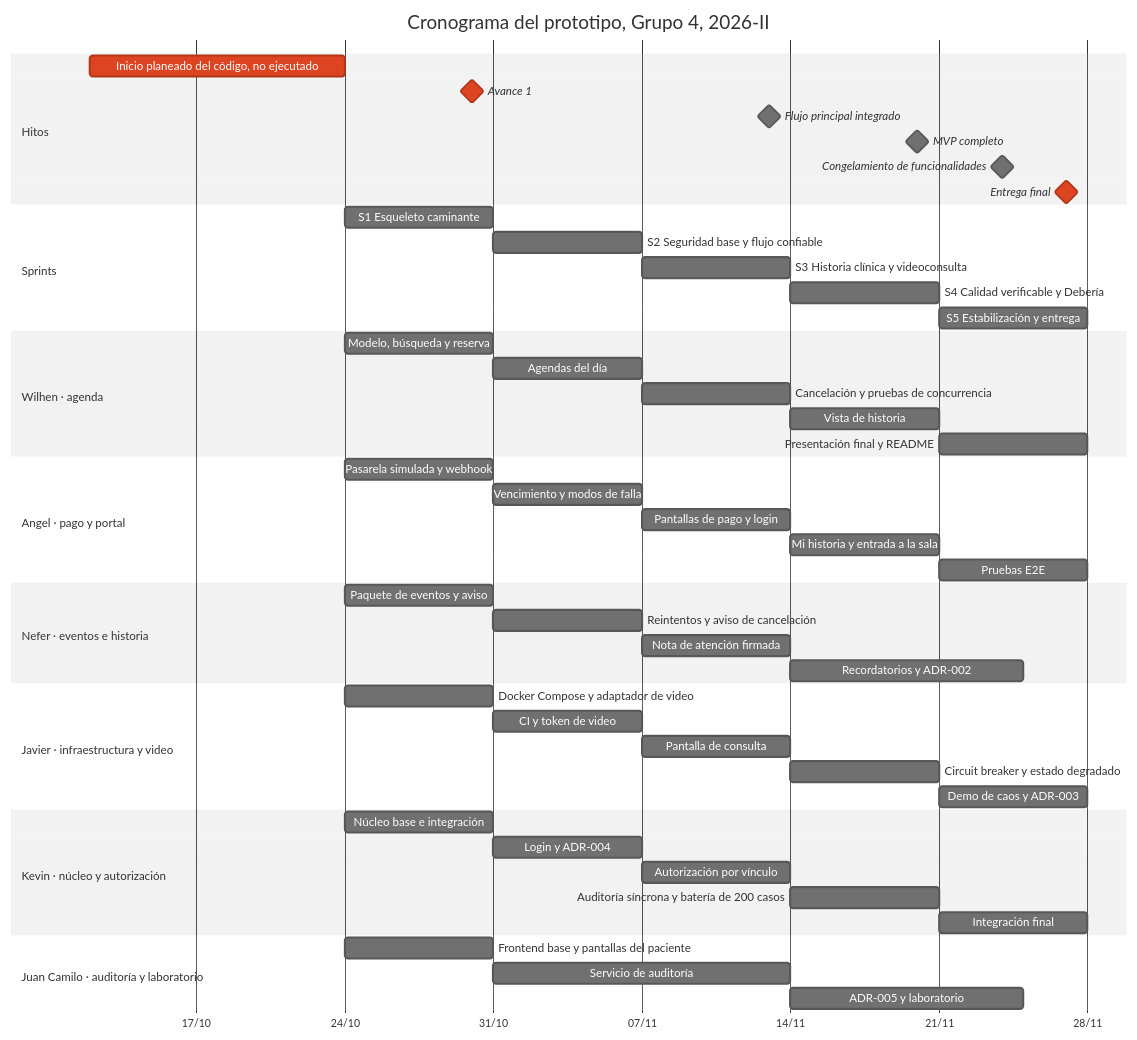
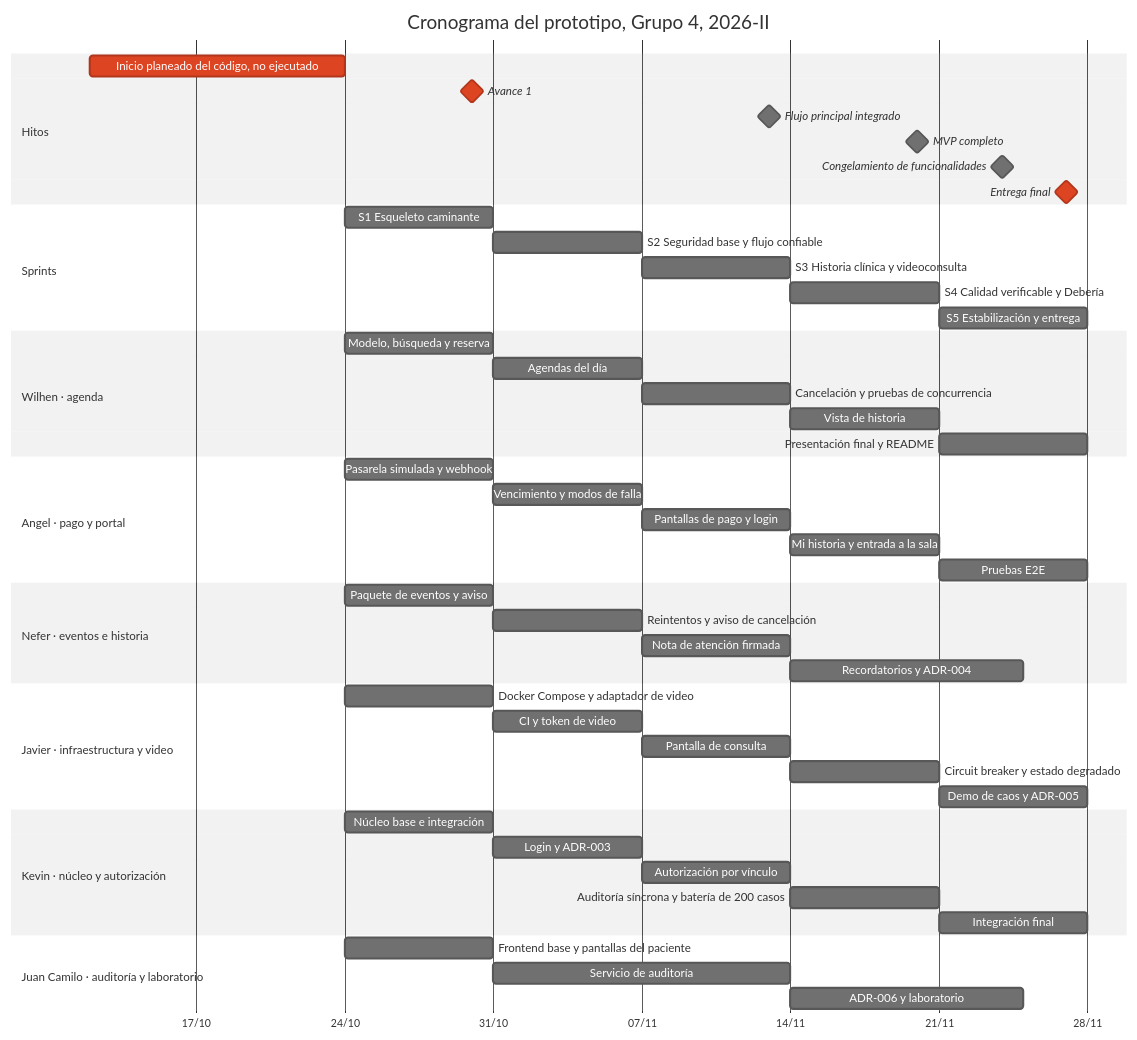
Before and after one commit to KevinZorro/Grupo-4.-Arquitectura-de-Software: the diagram in docs/plan-de-trabajo.md, drawn with Mermaid (neutral theme). The commit also changed other lines of this file and 4 other files, not shown here.

````diff
--- a/docs/plan-de-trabajo.md
+++ b/docs/plan-de-trabajo.md
@@ -234,63 +234,63 @@
 ```mermaid
 gantt
     title Cronograma del prototipo, Grupo 4, 2026-II
     dateFormat YYYY-MM-DD
     axisFormat %d/%m
     tickInterval 1week
     weekday saturday
     todayMarker off
 
     section Hitos
     Inicio planeado del código, no ejecutado :crit, 2026-10-12, 12d
     Avance 1 :crit, milestone, 2026-10-30, 0d
     Flujo principal integrado :milestone, 2026-11-13, 0d
     MVP completo :milestone, 2026-11-20, 0d
     Congelamiento de funcionalidades :milestone, 2026-11-24, 0d
     Entrega final :crit, milestone, 2026-11-27, 0d
 
     section Sprints
     S1 Esqueleto caminante :s1, 2026-10-24, 7d
     S2 Seguridad base y flujo confiable :s2, after s1, 7d
     S3 Historia clínica y videoconsulta :s3, after s2, 7d
     S4 Calidad verificable y Debería :s4, after s3, 7d
     S5 Estabilización y entrega :s5, after s4, 7d
 
     section Wilhen · agenda
     Modelo, búsqueda y reserva :2026-10-24, 7d
     Agendas del día :2026-10-31, 7d
     Cancelación y pruebas de concurrencia :2026-11-07, 7d
     Vista de historia :2026-11-14, 7d
     Presentación final y README :2026-11-21, 7d
 
     section Angel · pago y portal
     Pasarela simulada y webhook :2026-10-24, 7d
     Vencimiento y modos de falla :2026-10-31, 7d
     Pantallas de pago y login :2026-11-07, 7d
     Mi historia y entrada a la sala :2026-11-14, 7d
     Pruebas E2E :2026-11-21, 7d
 
     section Nefer · eventos e historia
     Paquete de eventos y aviso :2026-10-24, 7d
     Reintentos y aviso de cancelación :2026-10-31, 7d
     Nota de atención firmada :2026-11-07, 7d
-    Recordatorios y ADR-002 :2026-11-14, 11d
+    Recordatorios y ADR-004 :2026-11-14, 11d
 
     section Javier · infraestructura y video
     Docker Compose y adaptador de video :2026-10-24, 7d
     CI y token de video :2026-10-31, 7d
     Pantalla de consulta :2026-11-07, 7d
     Circuit breaker y estado degradado :2026-11-14, 7d
-    Demo de caos y ADR-003 :2026-11-21, 7d
+    Demo de caos y ADR-005 :2026-11-21, 7d
 
     section Kevin · núcleo y autorización
     Núcleo base e integración :2026-10-24, 7d
-    Login y ADR-004 :2026-10-31, 7d
+    Login y ADR-003 :2026-10-31, 7d
     Autorización por vínculo :2026-11-07, 7d
     Auditoría síncrona y batería de 200 casos :2026-11-14, 7d
     Integración final :2026-11-21, 7d
 
     section Juan Camilo · auditoría y laboratorio
     Frontend base y pantallas del paciente :2026-10-24, 7d
     Servicio de auditoría :2026-10-31, 14d
-    ADR-005 y laboratorio :2026-11-14, 11d
+    ADR-006 y laboratorio :2026-11-14, 11d
 ```
````
